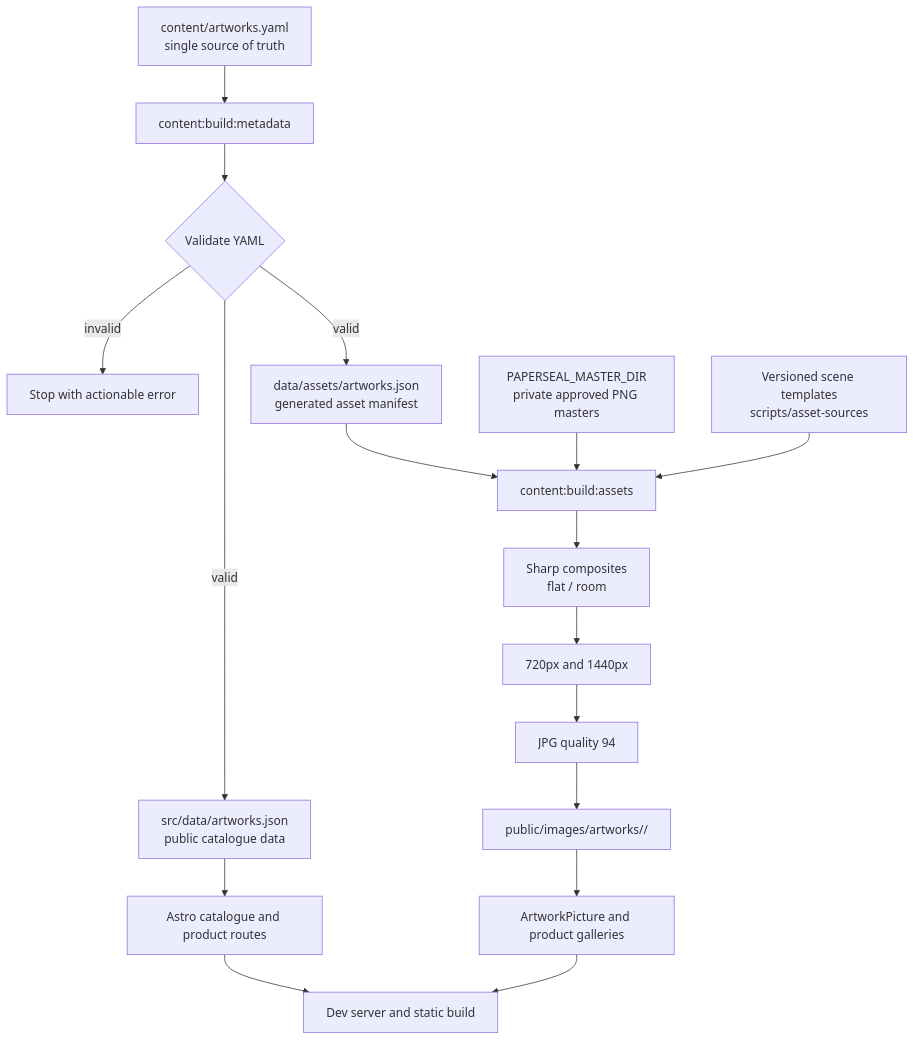
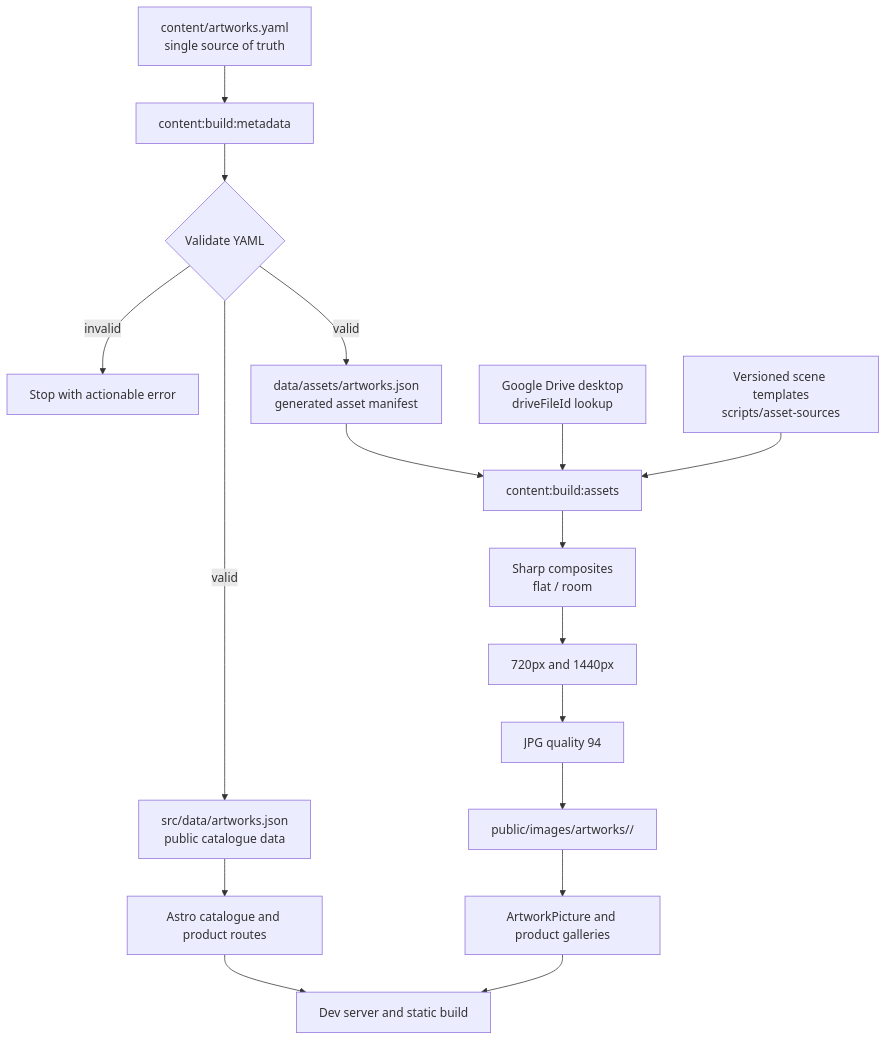
The diagram in content/WORKFLOW.md (h-4vok/paper-seal-ecommerce-site), drawn with Mermaid before and after one commit. The commit also changed other lines of this file and 20 other files, not shown here.

First line of the commit message:
refactor(assets): resolve masters by Drive ID

````diff
--- a/content/WORKFLOW.md
+++ b/content/WORKFLOW.md
@@ -16,21 +16,21 @@
 ```mermaid
 flowchart TD
     A[content/artworks.yaml<br/>single source of truth] --> B[content:build:metadata]
     B --> C{Validate YAML}
     C -->|invalid| D[Stop with actionable error]
     C -->|valid| E[src/data/artworks.json<br/>public catalogue data]
     C -->|valid| F[data/assets/artworks.json<br/>generated asset manifest]
 
     F --> G[content:build:assets]
-    H[PAPERSEAL_MASTER_DIR<br/>private approved PNG masters] --> G
+    H[Google Drive desktop<br/>driveFileId lookup] --> G
     I[Versioned scene templates<br/>scripts/asset-sources] --> G
     G --> J[Sharp composites<br/>flat / room]
     J --> K[720px and 1440px]
     K --> L[JPG quality 94]
     L --> M[public/images/artworks/<assetBase>/]
 
     E --> N[Astro catalogue and product routes]
     M --> O[ArtworkPicture and product galleries]
     N --> P[Dev server and static build]
     O --> P
 ```
````
